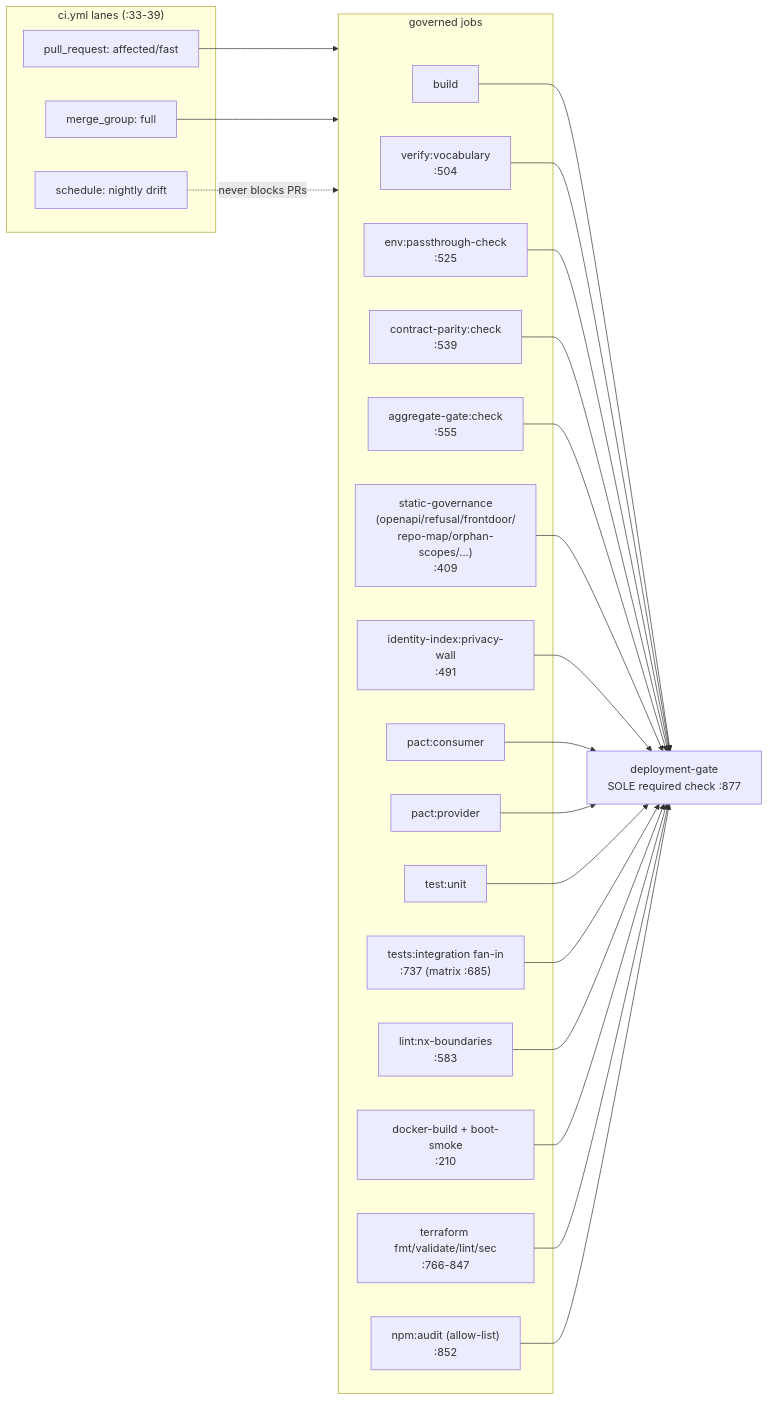
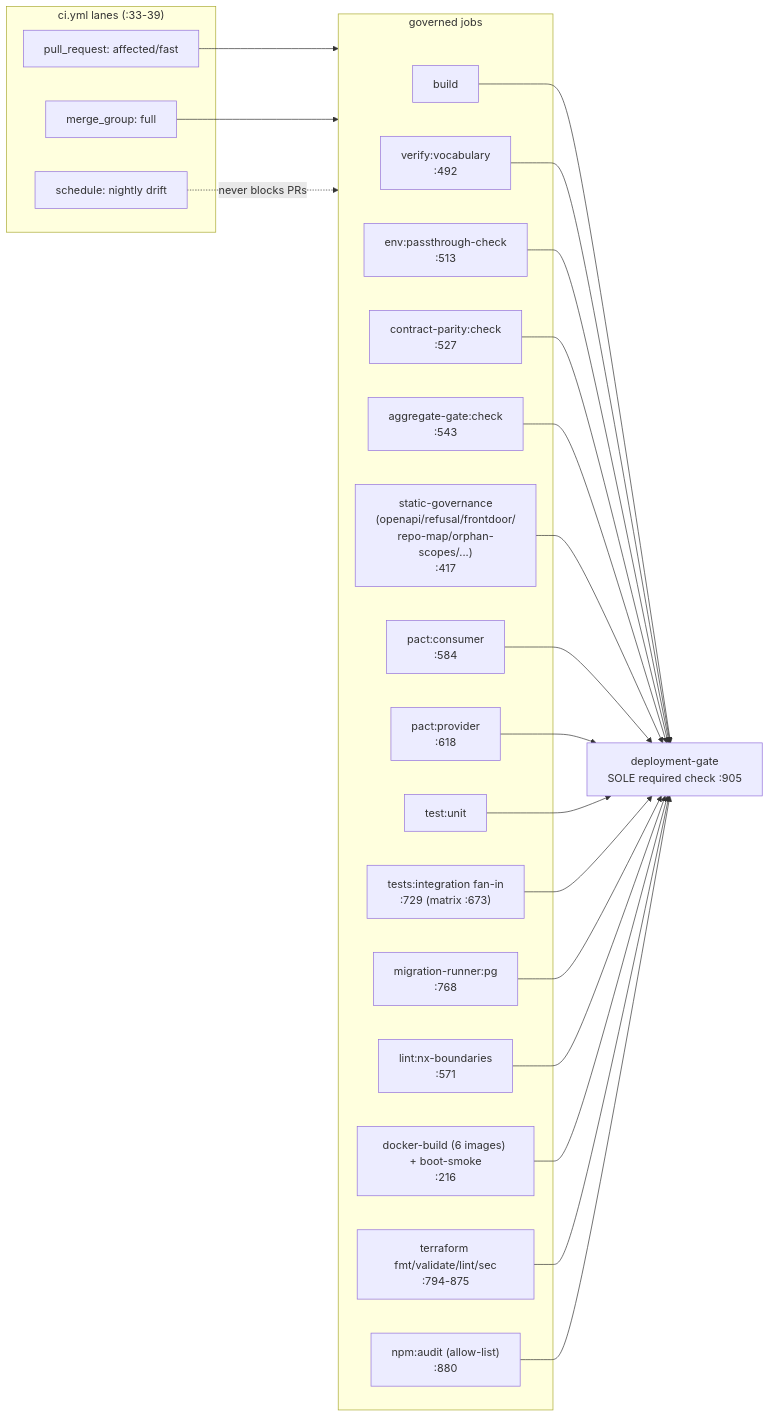
The third of 4 diagrams in doc/recon/as-built/D15-infra-deploy-quality-enforcement.md (astreinc/aramo-platform), drawn with Mermaid before and after one commit. The commit also changed other lines of this file and 59 other files, not shown here.

````diff
--- a/doc/recon/as-built/D15-infra-deploy-quality-enforcement.md
+++ b/doc/recon/as-built/D15-infra-deploy-quality-enforcement.md
@@ -143,44 +209,44 @@
 ```mermaid
 flowchart LR
   subgraph lanes["ci.yml lanes (:33-39)"]
     pr[pull_request: affected/fast]
     mg[merge_group: full]
     sch[schedule: nightly drift]
   end
   subgraph gates["governed jobs"]
     build[build]
-    vocab["verify:vocabulary<br/>:504"]
-    envp["env:passthrough-check<br/>:525"]
-    cparity["contract-parity:check<br/>:539"]
-    agg["aggregate-gate:check<br/>:555"]
-    statgov["static-governance<br/>(openapi/refusal/frontdoor/<br/>repo-map/orphan-scopes/...)<br/>:409"]
-    idx["identity-index:privacy-wall<br/>:491"]
-    pactc["pact:consumer"]
-    pactp["pact:provider"]
+    vocab["verify:vocabulary<br/>:492"]
+    envp["env:passthrough-check<br/>:513"]
+    cparity["contract-parity:check<br/>:527"]
+    agg["aggregate-gate:check<br/>:543"]
+    statgov["static-governance<br/>(openapi/refusal/frontdoor/<br/>repo-map/orphan-scopes/...)<br/>:417"]
+    pactc["pact:consumer<br/>:584"]
+    pactp["pact:provider<br/>:618"]
     unit[test:unit]
-    integ["tests:integration fan-in<br/>:737 (matrix :685)"]
-    nxb["lint:nx-boundaries<br/>:583"]
-    docker["docker-build + boot-smoke<br/>:210"]
-    tf["terraform fmt/validate/lint/sec<br/>:766-847"]
-    audit["npm:audit (allow-list)<br/>:852"]
+    integ["tests:integration fan-in<br/>:729 (matrix :673)"]
+    mrun["migration-runner:pg<br/>:768"]
+    nxb["lint:nx-boundaries<br/>:571"]
+    docker["docker-build (6 images) + boot-smoke<br/>:216"]
+    tf["terraform fmt/validate/lint/sec<br/>:794-875"]
+    audit["npm:audit (allow-list)<br/>:880"]
   end
-  dg["deployment-gate<br/>SOLE required check :877"]
+  dg["deployment-gate<br/>SOLE required check :905"]
   pr --> gates
   mg --> gates
   build --> dg
   vocab --> dg
   envp --> dg
   cparity --> dg
   agg --> dg
   statgov --> dg
-  idx --> dg
   pactc --> dg
   pactp --> dg
   unit --> dg
   integ --> dg
+  mrun --> dg
   nxb --> dg
   docker --> dg
   tf --> dg
   audit --> dg
   sch -.->|never blocks PRs| gates
 ```
````
